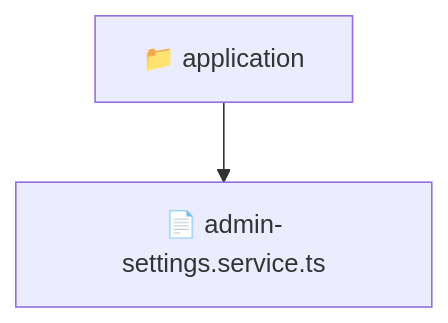
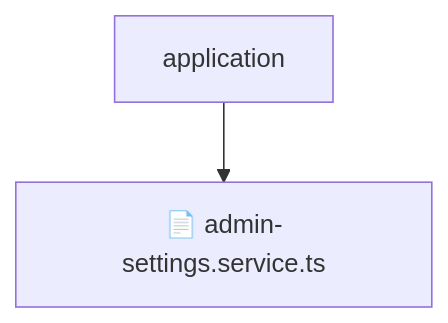
One commit to beginwebdev2002/fullstack-mavluda changed the diagram in backend/src/modules/admin-settings/application/README.md. Above: the diagram before and after it, drawn with Mermaid. The commit also changed other lines of this file and 155 other files, not shown here.

````diff
--- a/backend/src/modules/admin-settings/application/README.md
+++ b/backend/src/modules/admin-settings/application/README.md
@@ -10,5 +14,5 @@
 ```mermaid
 graph TD
-  Root["📁 application"]
-  Root --> adminsettingsservicets["📄 admin-settings.service.ts"]
+    Root[application]
+    Root --> F0[📄 admin-settings.service.ts]
 ```
````
